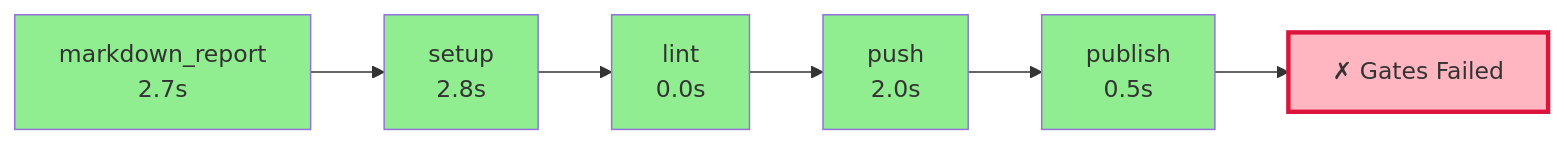
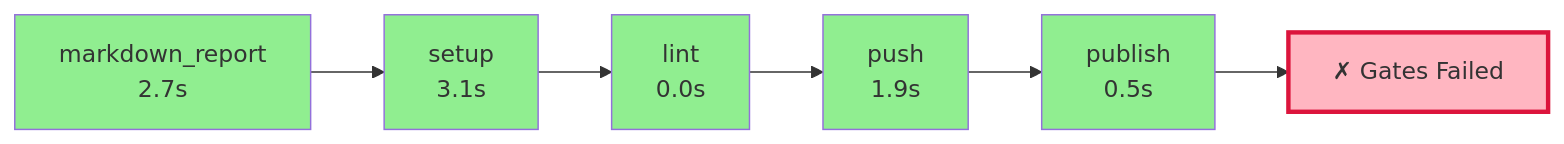
The diagram in .pyqual/report.md (wronai/fixos), drawn with Mermaid before and after one commit. The commit also changed other lines of this file and 2 other files, not shown here.

````diff
--- a/.pyqual/report.md
+++ b/.pyqual/report.md
@@ -10,20 +10,20 @@
 ```mermaid
 flowchart LR
     S0["markdown_report<br/>2.7s"]
     style S0 fill:#90EE90
-    S1["setup<br/>2.8s"]
+    S1["setup<br/>3.1s"]
     style S1 fill:#90EE90
     S0 --> S1
     S2["lint<br/>0.0s"]
     style S2 fill:#90EE90
     S1 --> S2
-    S3["push<br/>2.0s"]
+    S3["push<br/>1.9s"]
     style S3 fill:#90EE90
     S2 --> S3
     S4["publish<br/>0.5s"]
     style S4 fill:#90EE90
     S3 --> S4
     G["✗ Gates Failed"]
     style G fill:#FFB6C1,stroke:#DC143C,stroke-width:3px
     S4 --> G
 ```
````
